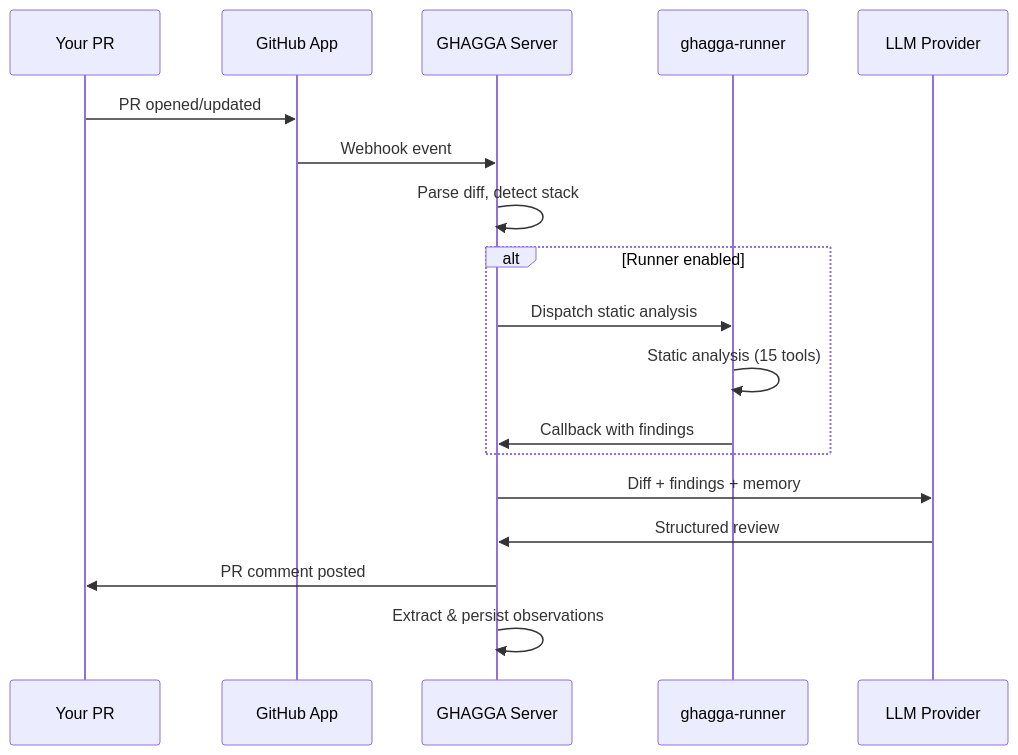
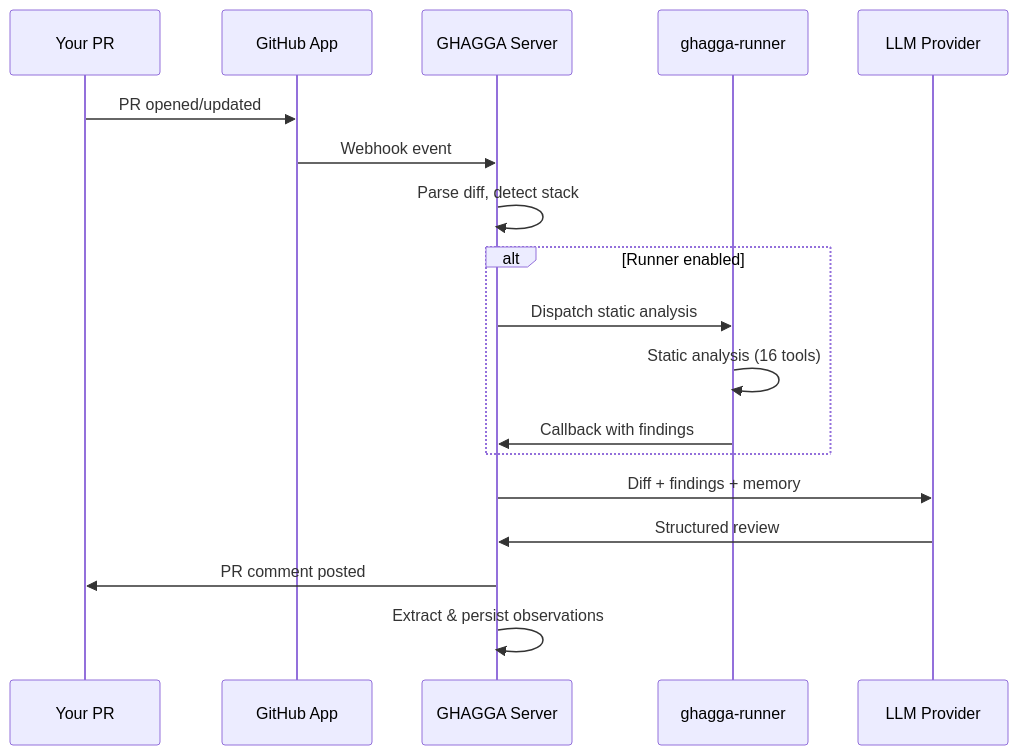
The diagram in docs/saas-getting-started.md (JNZader/ghagga), drawn with Mermaid before and after one commit. The commit also changed other lines of this file and 16 other files, not shown here.

````diff
--- a/docs/saas-getting-started.md
+++ b/docs/saas-getting-started.md
@@ -141,21 +141,21 @@
 ```mermaid
 sequenceDiagram
     participant You as Your PR
     participant App as GitHub App
     participant Server as GHAGGA Server
     participant Runner as ghagga-runner
     participant LLM as LLM Provider
 
     You->>App: PR opened/updated
     App->>Server: Webhook event
     Server->>Server: Parse diff, detect stack
     alt Runner enabled
         Server->>Runner: Dispatch static analysis
-        Runner->>Runner: Static analysis (15 tools)
+        Runner->>Runner: Static analysis (16 tools)
         Runner->>Server: Callback with findings
     end
     Server->>LLM: Diff + findings + memory
     LLM->>Server: Structured review
     Server->>You: PR comment posted
     Server->>Server: Extract & persist observations
 ```
````
